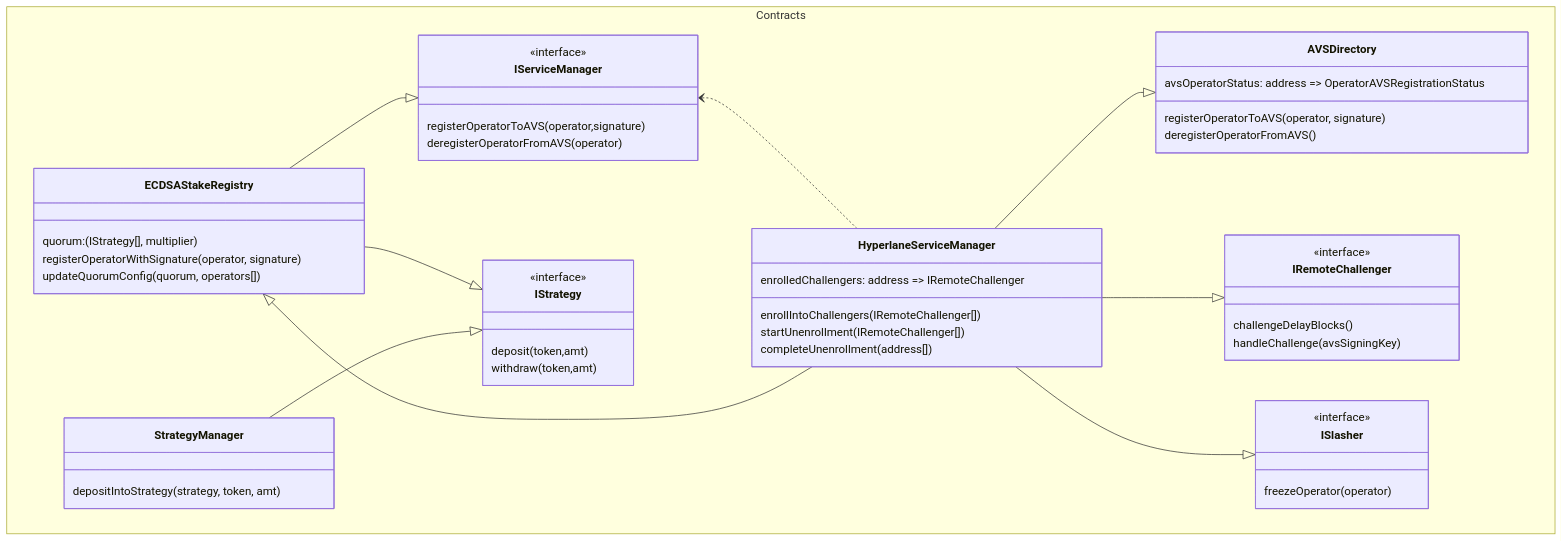
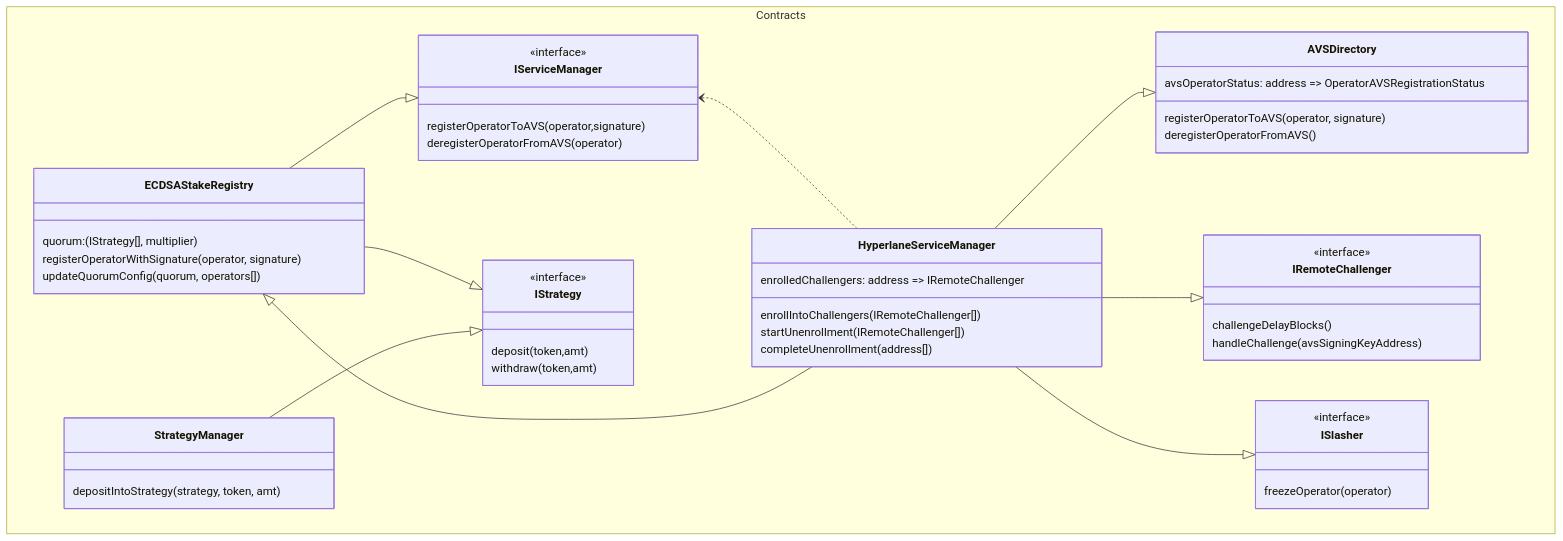
Before and after one commit to hyperlane-xyz/v3-docs: the second of 6 diagrams in docs/protocol/eigenlayer-avs.mdx, drawn with Mermaid. The commit also changed other lines of this file and 1 other file, not shown here.

First line of the commit message:
fix: `avsSigningKey` -> `avsSigningKeyAddress` (#110)

````diff
--- a/docs/protocol/eigenlayer-avs.mdx
+++ b/docs/protocol/eigenlayer-avs.mdx
@@ -50,62 +50,62 @@
 ```mermaid
 classDiagram
 namespace Contracts {
   class AVSDirectory {
     avsOperatorStatus: address => OperatorAVSRegistrationStatus
     registerOperatorToAVS(operator, signature)
     deregisterOperatorFromAVS()
   }
   class ECDSAStakeRegistry {
     quorum: (IStrategy[], multiplier)
 
     registerOperatorWithSignature(operator, signature)
     updateQuorumConfig(quorum, operators[])
   }
   class IServiceManager {
     <<interface>>
 
     registerOperatorToAVS(operator,signature)
     deregisterOperatorFromAVS(operator)
   }
   class HyperlaneServiceManager {
     enrolledChallengers: address => IRemoteChallenger
 
     enrollIntoChallengers(IRemoteChallenger[])
     startUnenrollment(IRemoteChallenger[])
     completeUnenrollment(address[])
   }
   class IRemoteChallenger {
     <<interface>>
 
     challengeDelayBlocks()
-    handleChallenge(avsSigningKey)
+    handleChallenge(avsSigningKeyAddress)
   }
   class ISlasher {
     <<interface>>
 
     freezeOperator(operator)
   }
   class IStrategy {
     <<interface>>
 
     deposit(token,amt)
     withdraw(token,amt)
   }
 
   class StrategyManager {
     depositIntoStrategy(strategy, token, amt)
   }
 }
 
 ECDSAStakeRegistry--|>IServiceManager
 ECDSAStakeRegistry--|>IStrategy
 HyperlaneServiceManager--|>ECDSAStakeRegistry
 HyperlaneServiceManager--|>IRemoteChallenger
 HyperlaneServiceManager--|>ISlasher
 
 HyperlaneServiceManager--|>AVSDirectory
 StrategyManager--|>IStrategy
 
 
 IServiceManager<..HyperlaneServiceManager
 ```
````
